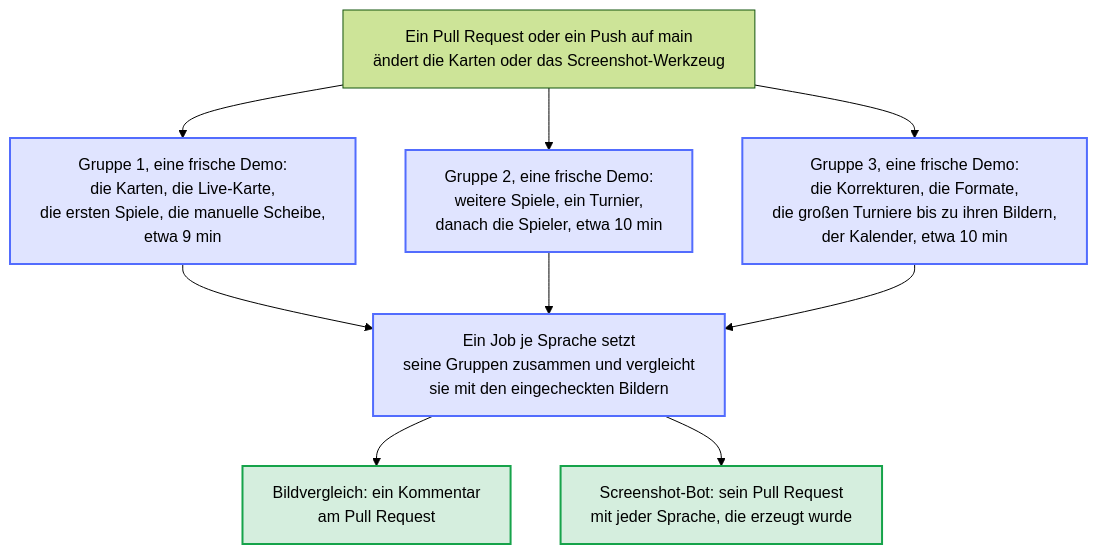
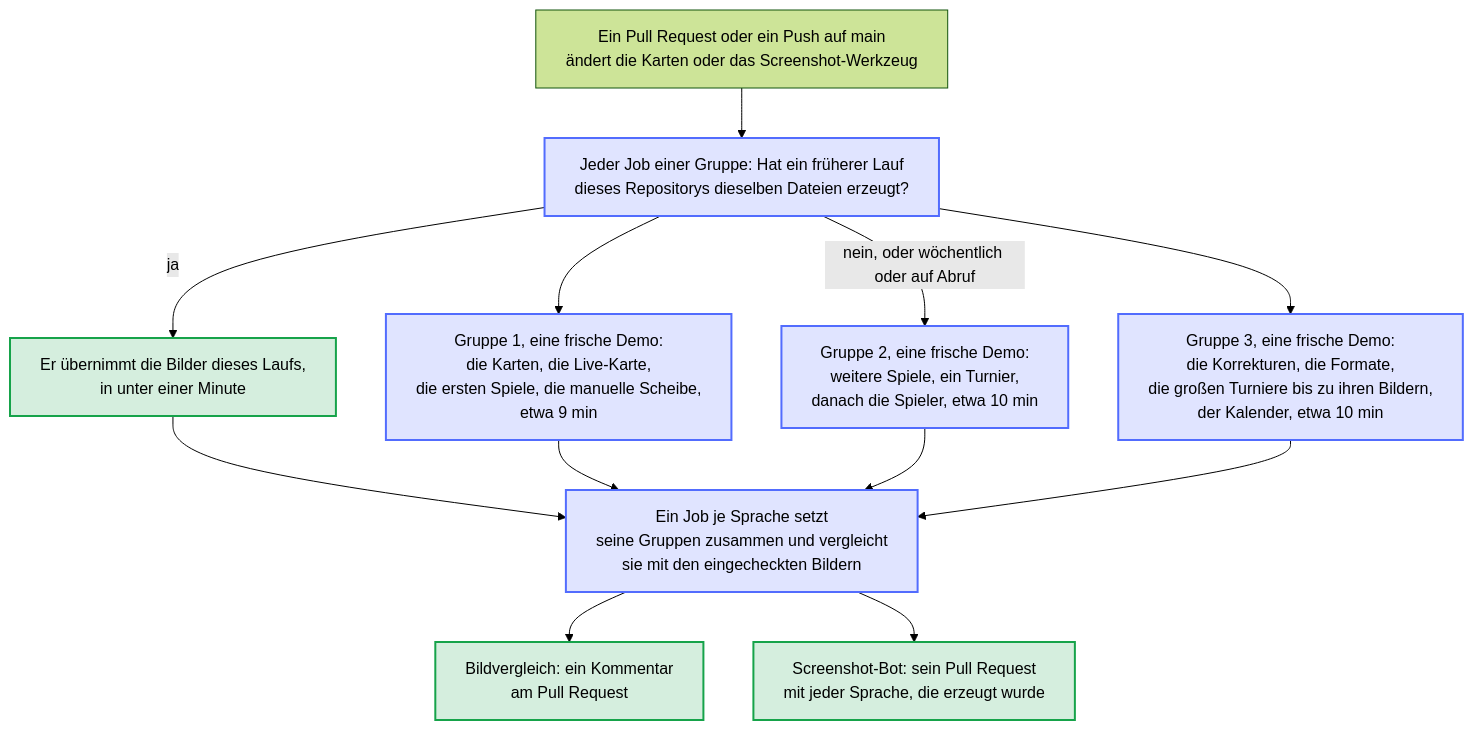
One commit to Dennis-Otto/homedarts-for-autodarts changed the diagram in docs/diagrams/screenshot-groups.de.mmd. Above: the diagram before and after it, drawn with Mermaid (forest theme). The commit also changed 20 other files, not shown here.

```diff
--- a/docs/diagrams/screenshot-groups.de.mmd
+++ b/docs/diagrams/screenshot-groups.de.mmd
@@ -1,21 +1,26 @@
 ---
 config:
   flowchart:
     wrappingWidth: 400
 ---
 flowchart TB
   accTitle: Wie Bildvergleich und Screenshot-Bot die Bilder in Gruppen erzeugen
-  accDescr: Jede Sprache wird in drei Gruppen gleichzeitig erzeugt, jede Gruppe auf einem eigenen Runner aus einer frischen Demo. Die Karten, die ersten Spiele und die Dartscheibe ohne Autodarts bilden Gruppe 1, weitere Spiele mit den Spielern Gruppe 2, die Korrekturen eines Darts, die Formate, die großen Turniere und der Kalender Gruppe 3. Danach setzt ein Job je Sprache die Bilder seiner drei Gruppen zusammen und vergleicht sie mit den eingecheckten Bildern. Der Bildvergleich schreibt den Vergleich in einen Kommentar am Pull Request; der Screenshot-Bot aktualisiert seinen Pull Request mit jeder Sprache, die erzeugt wurde.
+  accDescr: Jede Sprache wird in drei Gruppen gleichzeitig erzeugt, jede Gruppe auf einem eigenen Runner. Zuerst sucht jeder Job einer Gruppe einen früheren Lauf des Bildvergleichs oder des Screenshot-Bots auf einem Branch dieses Repositorys, der dieselben Dateien erzeugt hat; dessen Bilder übernimmt er in unter einer Minute. Sonst erzeugt er sie aus einer frischen Demo. Die Karten, die ersten Spiele und die Dartscheibe ohne Autodarts bilden Gruppe 1, weitere Spiele mit den Spielern Gruppe 2, die Korrekturen eines Darts, die Formate, die großen Turniere und der Kalender Gruppe 3. Danach setzt ein Job je Sprache die Bilder seiner drei Gruppen zusammen und vergleicht sie mit den eingecheckten Bildern. Der Bildvergleich schreibt den Vergleich in einen Kommentar am Pull Request; der Screenshot-Bot aktualisiert seinen Pull Request mit jeder Sprache, die erzeugt wurde.
 
-  START["Ein Pull Request oder ein Push auf main<br/>ändert die Karten oder das Screenshot-Werkzeug"] --> G1 & G2 & G3
+  START["Ein Pull Request oder ein Push auf main<br/>ändert die Karten oder das Screenshot-Werkzeug"] --> KEY
+  KEY["Jeder Job einer Gruppe: Hat ein früherer Lauf<br/>dieses Repositorys dieselben Dateien erzeugt?"]
+  KEY -->|"ja"| TAKE["Er übernimmt die Bilder dieses Laufs,<br/>in unter einer Minute"]
+  KEY --> G1
+  KEY -->|"nein, oder wöchentlich oder auf Abruf"| G2
+  KEY --> G3
   G1["Gruppe 1, eine frische Demo:<br/>die Karten, die Live-Karte,<br/>die ersten Spiele, die manuelle Scheibe,<br/>etwa 9 min"]
   G2["Gruppe 2, eine frische Demo:<br/>weitere Spiele, ein Turnier,<br/>danach die Spieler, etwa 10 min"]
   G3["Gruppe 3, eine frische Demo:<br/>die Korrekturen, die Formate,<br/>die großen Turniere bis zu ihren Bildern,<br/>der Kalender, etwa 10 min"]
-  G1 & G2 & G3 --> COLLECT["Ein Job je Sprache setzt<br/>seine Gruppen zusammen und vergleicht<br/>sie mit den eingecheckten Bildern"]
+  TAKE & G1 & G2 & G3 --> COLLECT["Ein Job je Sprache setzt<br/>seine Gruppen zusammen und vergleicht<br/>sie mit den eingecheckten Bildern"]
   COLLECT --> COMMENT["Bildvergleich: ein Kommentar<br/>am Pull Request"]
   COLLECT --> BOT["Screenshot-Bot: sein Pull Request<br/>mit jeder Sprache, die erzeugt wurde"]
 
   classDef bot fill:#526cfe2e,stroke:#526cfe,stroke-width:2px
   classDef done fill:#16a34a2e,stroke:#16a34a,stroke-width:2px
-  class G1,G2,G3,COLLECT bot
-  class COMMENT,BOT done
+  class KEY,G1,G2,G3,COLLECT bot
+  class TAKE,COMMENT,BOT done
```
